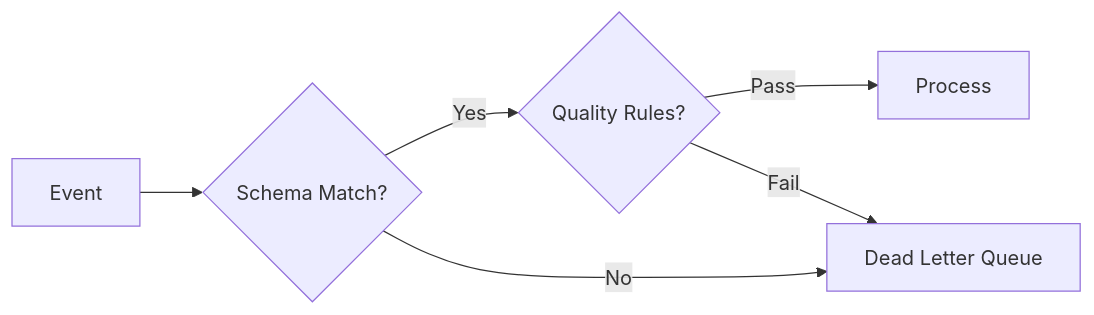
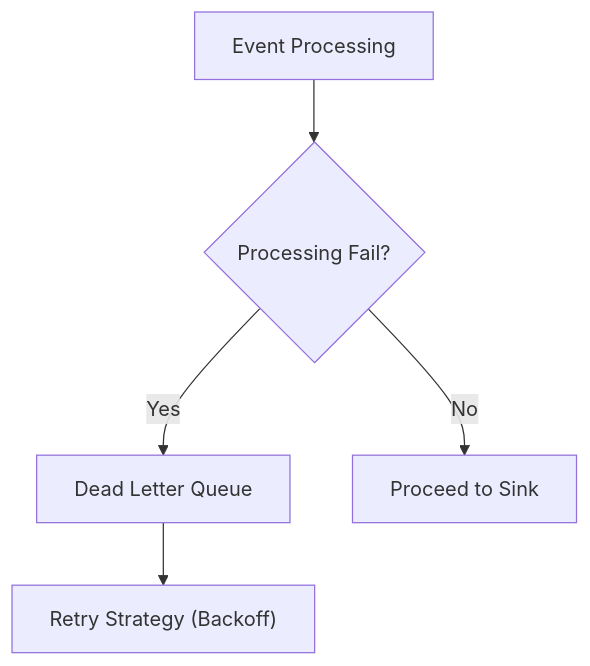
Before and after one commit to Devopstrio/streaming-ingestion-hub: the sixth of 11 diagrams in README.md, drawn with Mermaid. The commit also changed other lines of this file, not shown here.

Commit message:
docs: implement 11+ professional architecture diagrams for streaming ingestion hub

````diff
--- a/README.md
+++ b/README.md
@@ -114,8 +162,7 @@
 ```mermaid
-graph LR
-    In[Event] --> SCheck{Schema Match?}
-    SCheck -->|Yes| QCheck{Quality Rules?}
-    QCheck -->|Pass| Pass[Process]
-    SCheck -->|No| DLQ[Dead Letter Queue]
-    QCheck -->|Fail| DLQ
+graph TD
+    Process["Event Processing"] --> Fail{"Processing Fail?"}
+    Fail -->|Yes| DLQ["Dead Letter Queue"]
+    Fail -->|No| Success["Proceed to Sink"]
+    DLQ --> Retry["Retry Strategy (Backoff)"]
 ```
````
